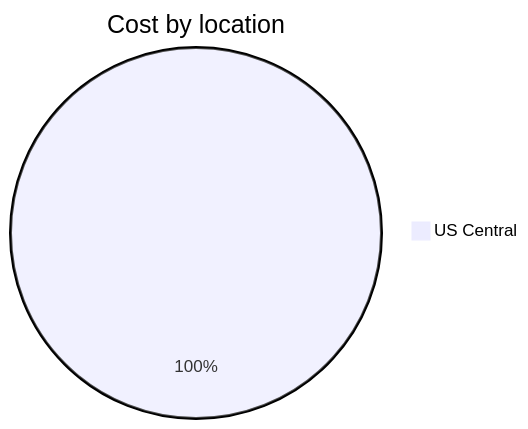
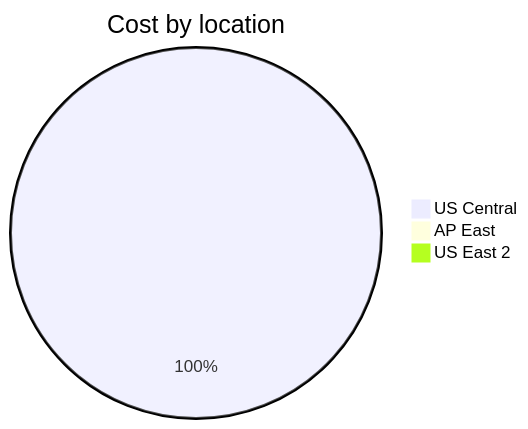
One commit to jpfulton/azure-personal-reports changed the third of 4 diagrams in cost-reports/personal-site/personal-site-preview.md. Above: the diagram before and after it, drawn with Mermaid. The commit also changed other lines of this file and 6 other files, not shown here.

````diff
--- a/cost-reports/personal-site/personal-site-preview.md
+++ b/cost-reports/personal-site/personal-site-preview.md
@@ -105,5 +107,7 @@
 ```mermaid
 pie
    title Cost by location
-   "US Central" : 0.22
+   "US Central" : 0.46
+   "AP East" : 0.00
+   "US East 2" : 0.00
 ```
````
